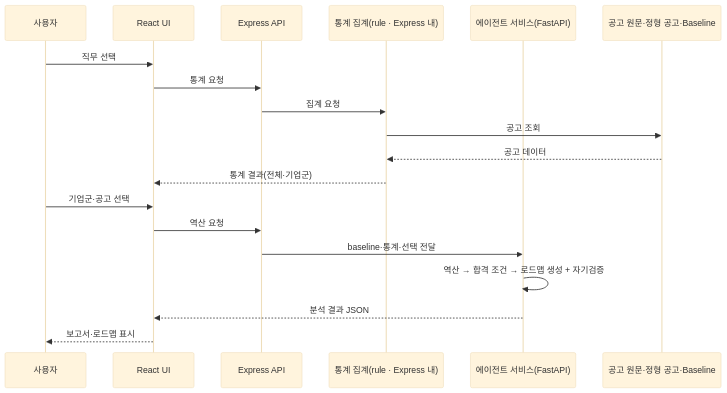
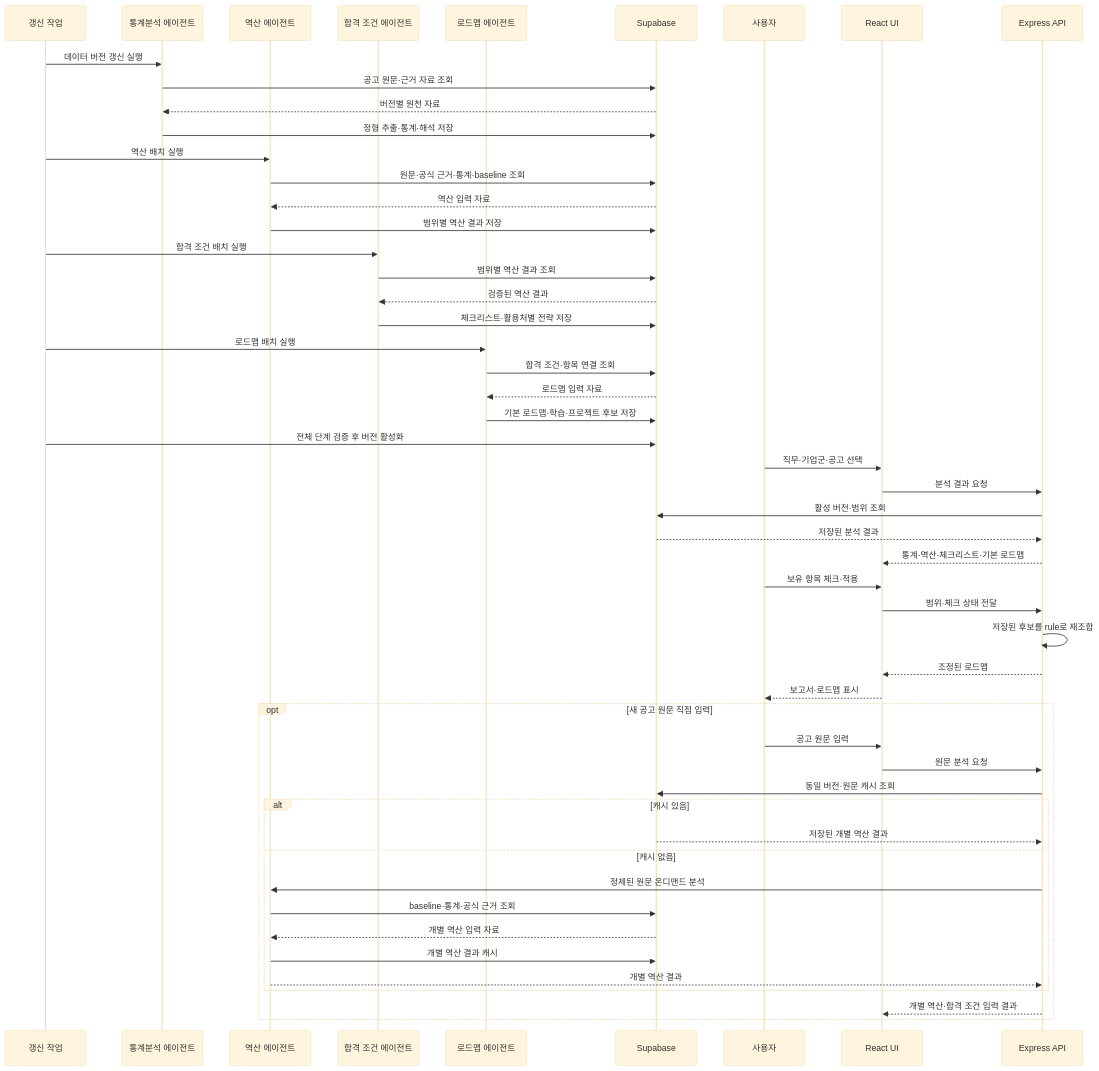
The third of 3 diagrams in docs/architecture.md (Mureung1/hub-showcase), drawn with Mermaid (base theme) before and after one commit. The commit also changed other lines of this file and 4 other files, not shown here.

Commit message:
docs: revise agent execution and data lifecycle

````diff
--- a/docs/architecture.md
+++ b/docs/architecture.md
@@ -92,22 +103,55 @@
 ```mermaid
 sequenceDiagram
+    participant Job as 갱신 작업
+    participant Stat as 통계분석 에이전트
+    participant Reverse as 역산 에이전트
+    participant Condition as 합격 조건 에이전트
+    participant Roadmap as 로드맵 에이전트
+    participant Data as Supabase
     participant User as 사용자
     participant UI as React UI
     participant API as Express API
-    participant Stat as 통계 집계(rule · Express 내)
-    participant Agent as 에이전트 서비스(FastAPI)
-    participant Data as 공고 원문·정형 공고·Baseline
 
-    User->>UI: 직무 선택
-    UI->>API: 통계 요청
-    API->>Stat: 집계 요청
-    Stat->>Data: 공고 조회
-    Data-->>Stat: 공고 데이터
-    Stat-->>UI: 통계 결과(전체·기업군)
-    User->>UI: 기업군·공고 선택
-    UI->>API: 역산 요청
-    API->>Agent: baseline·통계·선택 전달
-    Agent->>Agent: 역산 → 합격 조건 → 로드맵 생성 + 자기검증
-    Agent-->>UI: 분석 결과 JSON
+    Job->>Stat: 데이터 버전 갱신 실행
+    Stat->>Data: 공고 원문·근거 자료 조회
+    Data-->>Stat: 버전별 원천 자료
+    Stat->>Data: 정형 추출·통계·해석 저장
+    Job->>Reverse: 역산 배치 실행
+    Reverse->>Data: 원문·공식 근거·통계·baseline 조회
+    Data-->>Reverse: 역산 입력 자료
+    Reverse->>Data: 범위별 역산 결과 저장
+    Job->>Condition: 합격 조건 배치 실행
+    Condition->>Data: 범위별 역산 결과 조회
+    Data-->>Condition: 검증된 역산 결과
+    Condition->>Data: 체크리스트·활용처별 전략 저장
+    Job->>Roadmap: 로드맵 배치 실행
+    Roadmap->>Data: 합격 조건·항목 연결 조회
+    Data-->>Roadmap: 로드맵 입력 자료
+    Roadmap->>Data: 기본 로드맵·학습·프로젝트 후보 저장
+    Job->>Data: 전체 단계 검증 후 버전 활성화
+    User->>UI: 직무·기업군·공고 선택
+    UI->>API: 분석 결과 요청
+    API->>Data: 활성 버전·범위 조회
+    Data-->>API: 저장된 분석 결과
+    API-->>UI: 통계·역산·체크리스트·기본 로드맵
+    User->>UI: 보유 항목 체크·적용
+    UI->>API: 범위·체크 상태 전달
+    API->>API: 저장된 후보를 rule로 재조합
+    API-->>UI: 조정된 로드맵
     UI-->>User: 보고서·로드맵 표시
+    opt 새 공고 원문 직접 입력
+        User->>UI: 공고 원문 입력
+        UI->>API: 원문 분석 요청
+        API->>Data: 동일 버전·원문 캐시 조회
+        alt 캐시 있음
+            Data-->>API: 저장된 개별 역산 결과
+        else 캐시 없음
+            API->>Reverse: 정제된 원문 온디맨드 분석
+            Reverse->>Data: baseline·통계·공식 근거 조회
+            Data-->>Reverse: 개별 역산 입력 자료
+            Reverse->>Data: 개별 역산 결과 캐시
+            Reverse-->>API: 개별 역산 결과
+        end
+        API-->>UI: 개별 역산·합격 조건 입력 결과
+    end
 ```
````
